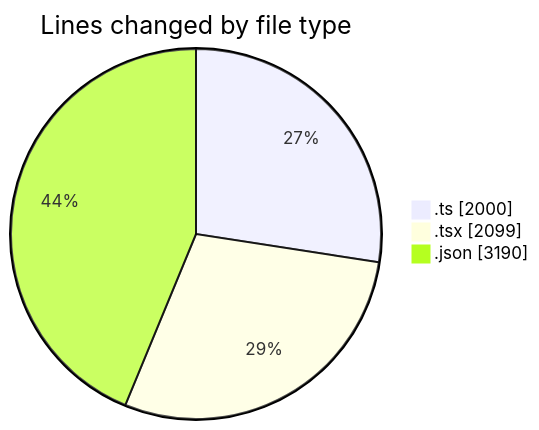
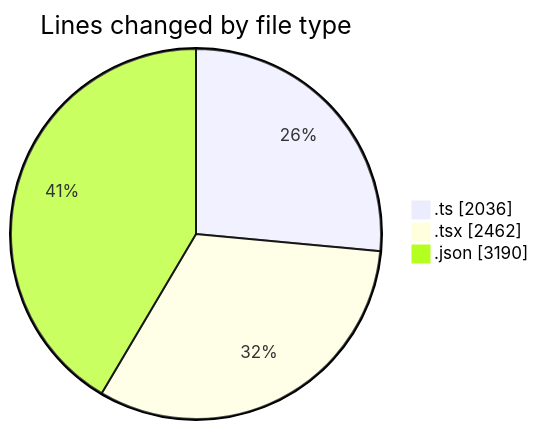
One commit to julien-gomy/code-tracking changed the first of 2 diagrams in 2025-10-23/eventscop-frontend-guide__workspace_/README.md. Above: the diagram before and after it, drawn with Mermaid. The commit also changed other lines of this file and 1 other file, not shown here.

````diff
--- a/2025-10-23/eventscop-frontend-guide__workspace_/README.md
+++ b/2025-10-23/eventscop-frontend-guide__workspace_/README.md
@@ -36,7 +37,7 @@
 ```mermaid
 pie showData
 title Lines changed by file type
-".ts" : 2000
-".tsx" : 2099
+".ts" : 2036
+".tsx" : 2462
 ".json" : 3190
 ```
````
